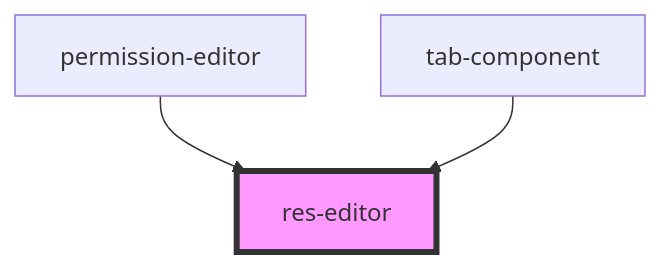
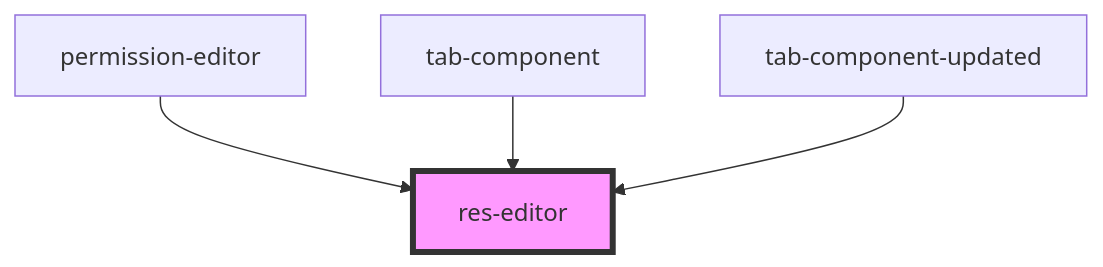
Before and after one commit to techvariable/NeptuneConnectComponents: the diagram in src/components/res-editor/readme.md, drawn with Mermaid. The commit also changed other lines of this file and 21 other files, not shown here.

````diff
--- a/src/components/res-editor/readme.md
+++ b/src/components/res-editor/readme.md
@@ -24,6 +25,7 @@
 ```mermaid
 graph TD;
   permission-editor --> res-editor
   tab-component --> res-editor
+  tab-component-updated --> res-editor
   style res-editor fill:#f9f,stroke:#333,stroke-width:4px
 ```
````
